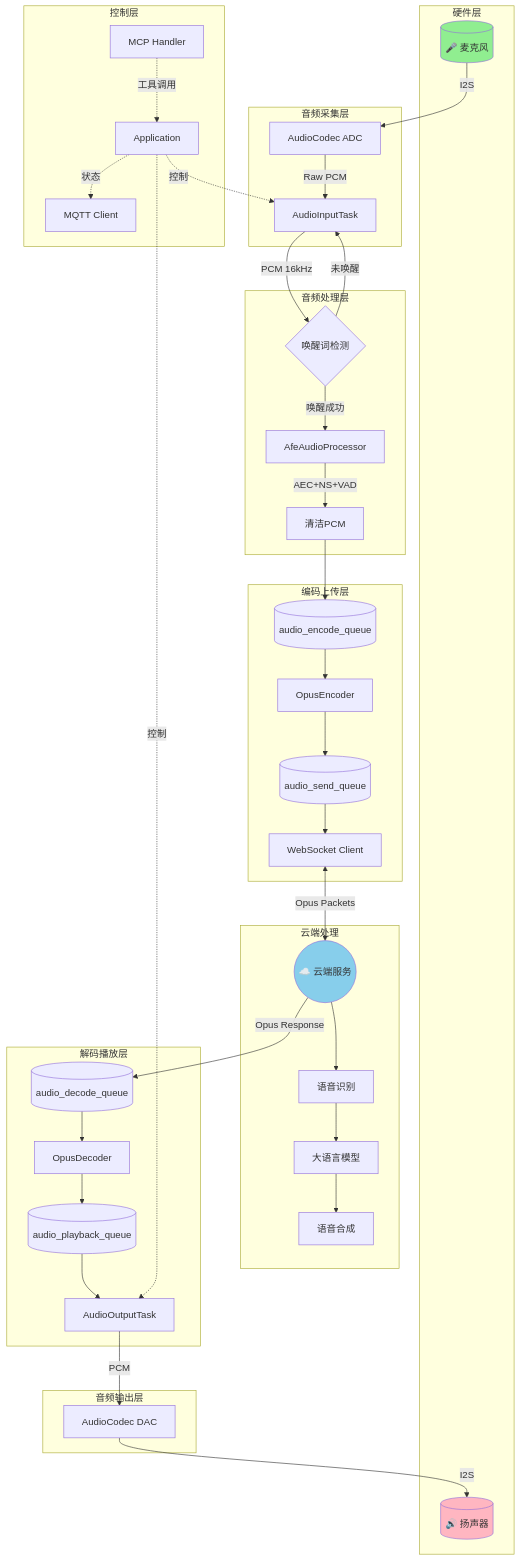
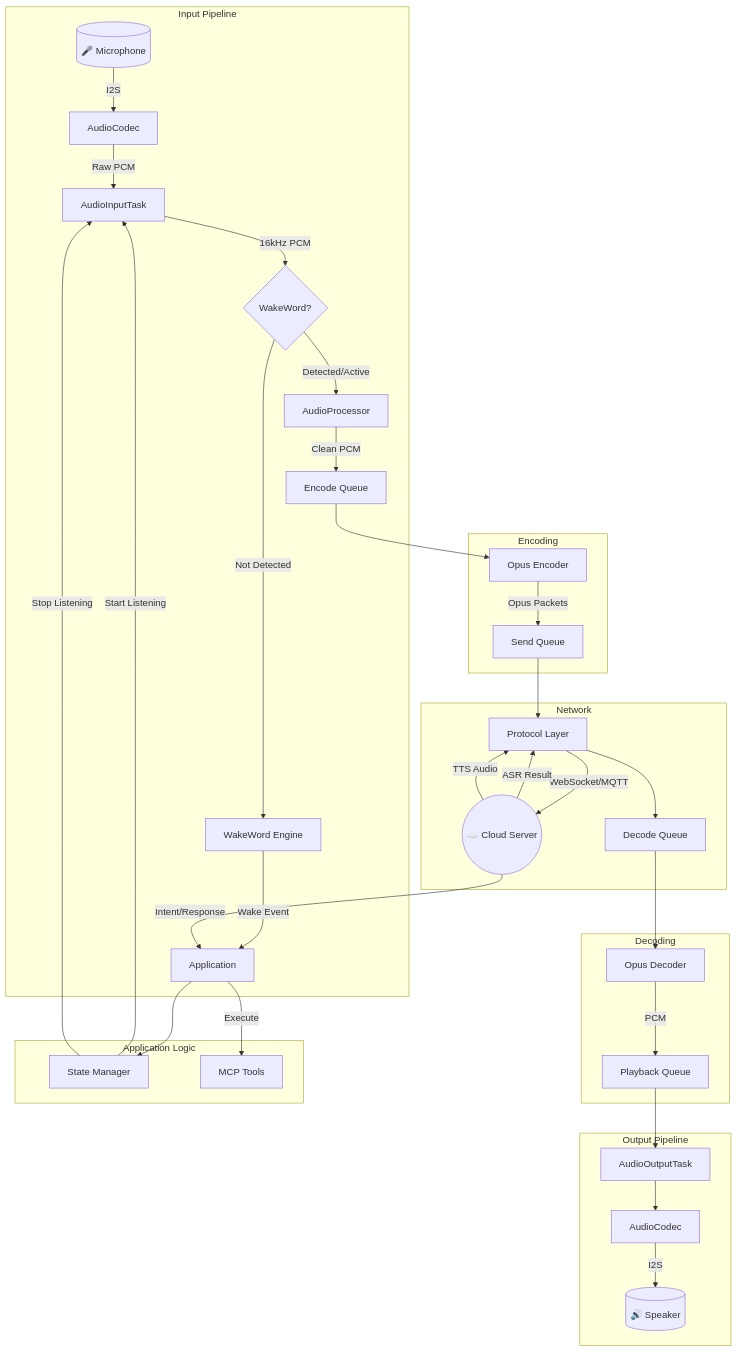
One commit to jihengzhang/xiaozhi-esp32 changed the third of 4 diagrams in main/main_readme.md. Above: the diagram before and after it, drawn with Mermaid. The commit also changed other lines of this file, not shown here.

Commit message:
add high level diagram of main with Markdown mermai graph

````diff
--- a/main/main_readme.md
+++ b/main/main_readme.md
@@ -192,56 +134,46 @@
 ```mermaid
-graph TB
-    subgraph 硬件层
-        Mic[("🎤 麦克风")] 
-        Speaker[("🔊 扬声器")]
+graph TD
+    subgraph Input Pipeline
+        Mic[("🎤 Microphone")] -->|I2S| Codec1[AudioCodec]
+        Codec1 -->|Raw PCM| InputTask[AudioInputTask]
+        InputTask -->|16kHz PCM| WW{WakeWord?}
+        
+        WW -->|Not Detected| WakeEngine[WakeWord Engine]
+        WakeEngine -->|Wake Event| App1[Application]
+        
+        WW -->|Detected/Active| Processor[AudioProcessor]
+        Processor -->|Clean PCM| EncQueue[Encode Queue]
     end
 
-    subgraph 音频采集层
-        Mic -->|I2S| ADC[AudioCodec ADC]
-        ADC -->|Raw PCM| InputTask[AudioInputTask]
+    subgraph Encoding
+        EncQueue --> OpusEnc[Opus Encoder]
+        OpusEnc -->|Opus Packets| SendQueue[Send Queue]
     end
 
-    subgraph 音频处理层
-        InputTask -->|PCM 16kHz| WakeWord{唤醒词检测}
-        WakeWord -->|未唤醒| InputTask
-        WakeWord -->|唤醒成功| AfeProcessor[AfeAudioProcessor]
-        AfeProcessor -->|AEC+NS+VAD| CleanPCM[清洁PCM]
+    subgraph Network
+        SendQueue --> Protocol[Protocol Layer]
+        Protocol -->|WebSocket/MQTT| Cloud((☁️ Cloud Server))
+        Cloud -->|ASR Result| Protocol
+        Cloud -->|TTS Audio| Protocol
+        Protocol --> DecQueue[Decode Queue]
     end
 
-    subgraph 编码上传层
-        CleanPCM --> EncodeQueue[(audio_encode_queue)]
-        EncodeQueue --> OpusEnc[OpusEncoder]
-        OpusEnc --> SendQueue[(audio_send_queue)]
-        SendQueue --> WebSocket[WebSocket Client]
+    subgraph Decoding
+        DecQueue --> OpusDec[Opus Decoder]
+        OpusDec -->|PCM| PlayQueue[Playback Queue]
     end
 
-    subgraph 云端处理
-        WebSocket <-->|Opus Packets| Cloud((☁️ 云端服务))
-        Cloud --> ASR[语音识别]
-        ASR --> LLM[大语言模型]
-        LLM --> TTS[语音合成]
+    subgraph Output Pipeline
+        PlayQueue --> OutputTask[AudioOutputTask]
+        OutputTask --> Codec2[AudioCodec]
+        Codec2 -->|I2S| Speaker[("🔊 Speaker")]
     end
 
-    subgraph 解码播放层
-        Cloud -->|Opus Response| DecodeQueue[(audio_decode_queue)]
-        DecodeQueue --> OpusDec[OpusDecoder]
-        OpusDec --> PlayQueue[(audio_playback_queue)]
-        PlayQueue --> OutputTask[AudioOutputTask]
+    subgraph Application Logic
+        App1[Application] --> StateManager[State Manager]
+        StateManager -->|Start Listening| InputTask
+        StateManager -->|Stop Listening| InputTask
+        Cloud -->|Intent/Response| App1
+        App1 -->|Execute| MCP[MCP Tools]
     end
-
-    subgraph 音频输出层
-        OutputTask -->|PCM| DAC[AudioCodec DAC]
-        DAC -->|I2S| Speaker
-    end
-
-    subgraph 控制层
-        App[Application] -.->|控制| InputTask
-        App -.->|控制| OutputTask
-        App -.->|状态| MQTT[MQTT Client]
-        MCP[MCP Handler] -.->|工具调用| App
-    end
-
-    style Cloud fill:#87CEEB
-    style Mic fill:#90EE90
-    style Speaker fill:#FFB6C1
 ```
````
